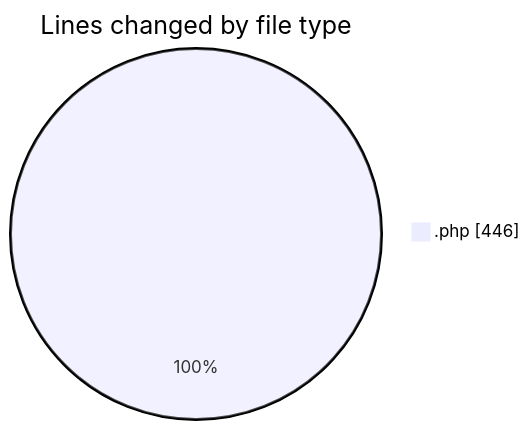
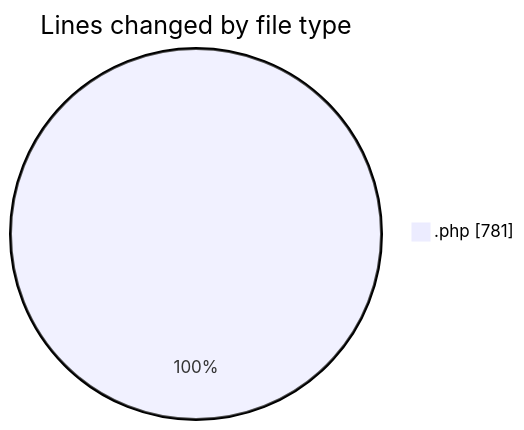
The first of 2 diagrams in 2025-10-08/untitled__workspace_/README.md (debugP/code-tracking), drawn with Mermaid before and after one commit. The commit also changed other lines of this file and 1 other file, not shown here.

````diff
--- a/2025-10-08/untitled__workspace_/README.md
+++ b/2025-10-08/untitled__workspace_/README.md
@@ -22,5 +23,5 @@
 ```mermaid
 pie showData
 title Lines changed by file type
-".php" : 446
+".php" : 781
 ```
````
